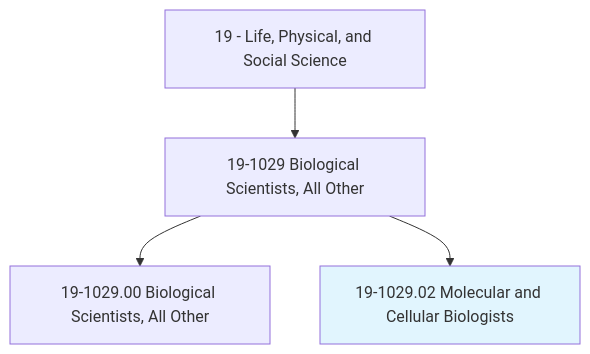
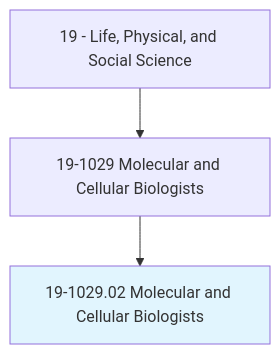
One commit to kziemski/business.org.ai changed the first of 4 diagrams in occupations/Science/MolecularAndCellularBiologists.mdx. Above: the diagram before and after it, drawn with Mermaid. The commit also changed other lines of this file and 938 other files, not shown here.

````diff
--- a/occupations/Science/MolecularAndCellularBiologists.mdx
+++ b/occupations/Science/MolecularAndCellularBiologists.mdx
@@ -19,7 +23,6 @@
 ```mermaid
 graph TD
-    Cat19["19 - Life, Physical, and Social Science"] --> Group191029["19-1029 Biological Scientists, All Other"]
-    Group191029 --> Base["19-1029.00 Biological Scientists, All Other"]
+    Cat19["19 - Life, Physical, and Social Science"] --> Group191029["19-1029 Molecular and Cellular Biologists"]
     Group191029 --> Current["19-1029.02 Molecular and Cellular Biologists"]
     style Current fill:#e1f5fe
 ```
````
